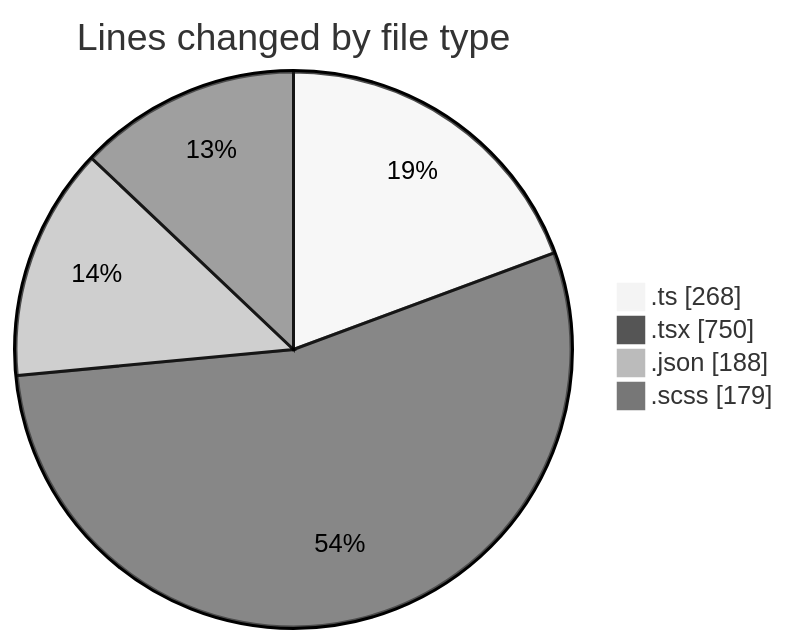
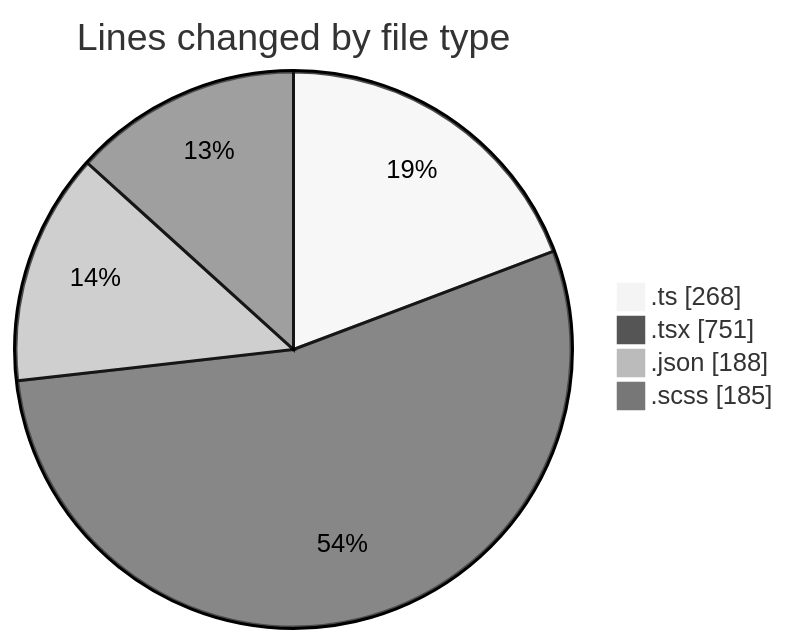
One commit to momahboobian/code-tracking changed the first of 2 diagrams in 2026-05-07/cda/README.md. Above: the diagram before and after it, drawn with Mermaid (neutral theme). The commit also changed other lines of this file and 1 other file, not shown here.

````diff
--- a/2026-05-07/cda/README.md
+++ b/2026-05-07/cda/README.md
@@ -32,8 +32,8 @@
 ```mermaid
 pie showData
 title Lines changed by file type
 ".ts" : 268
-".tsx" : 750
+".tsx" : 751
 ".json" : 188
-".scss" : 179
+".scss" : 185
 ```
````
